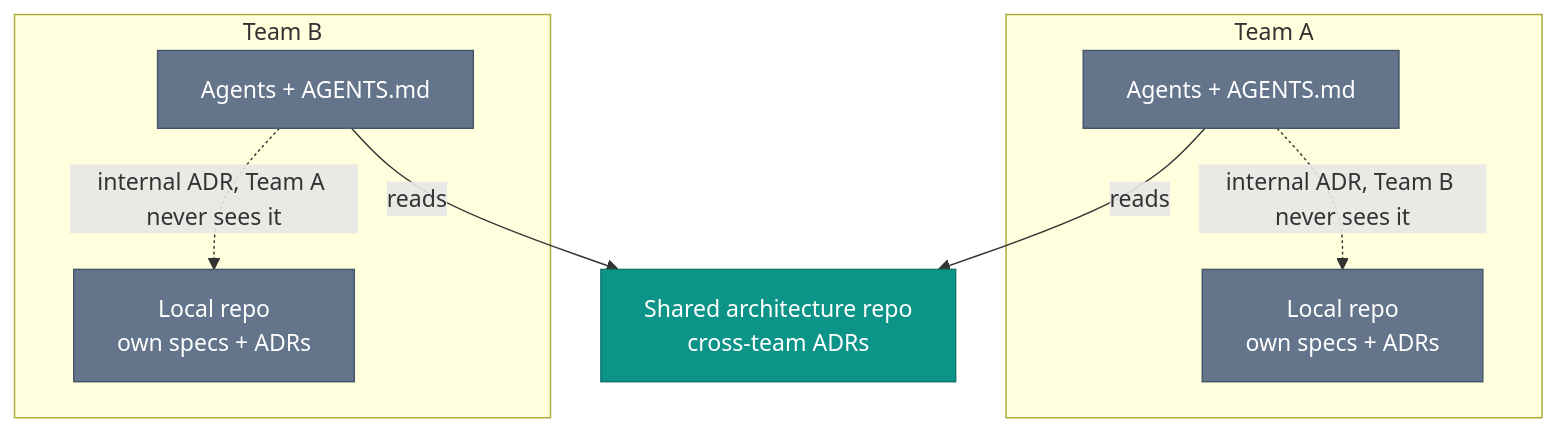
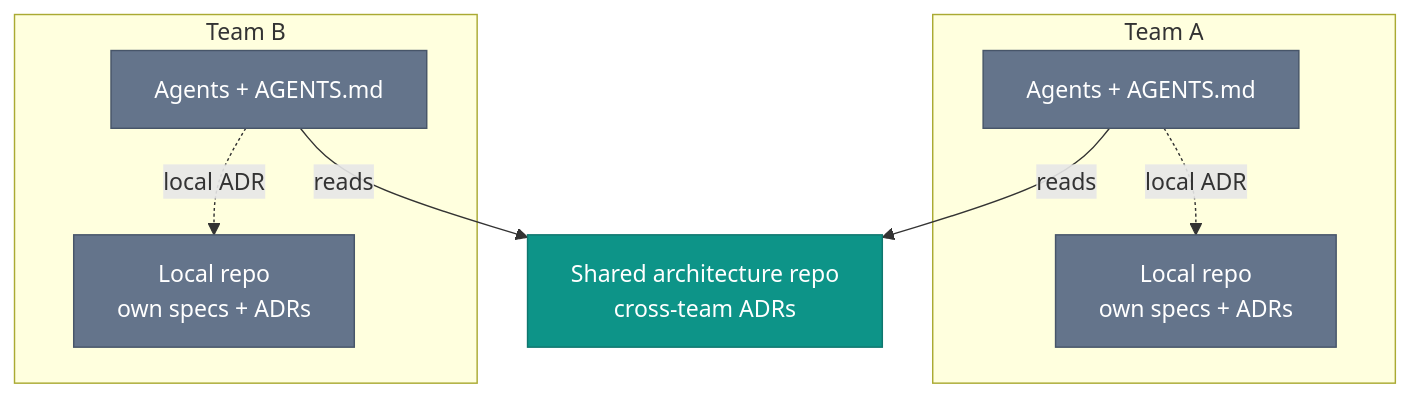
Before and after one commit to intent-engineering-for-coding-agents/book: the diagram in content/team/cross-team-coordination.md, drawn with Mermaid. The commit also changed other lines of this file and 25 other files, not shown here.

````diff
--- a/content/team/cross-team-coordination.md
+++ b/content/team/cross-team-coordination.md
@@ -24,21 +24,21 @@
 ```mermaid
 graph TD
     classDef team fill:#64748b,stroke:#475569,color:#fff
     classDef shared fill:#0d9488,stroke:#0f766e,color:#fff
 
     SR["Shared architecture repo<br/>cross-team ADRs"]:::shared
 
     subgraph A[Team A]
         AA["Agents + AGENTS.md"]:::team
         AR["Local repo<br/>own specs + ADRs"]:::team
     end
     subgraph B[Team B]
         BA["Agents + AGENTS.md"]:::team
         BR["Local repo<br/>own specs + ADRs"]:::team
     end
 
     AA -->|reads| SR
     BA -->|reads| SR
-    AA -. internal ADR, Team B never sees it .-> AR
-    BA -. internal ADR, Team A never sees it .-> BR
+    AA -. local ADR .-> AR
+    BA -. local ADR .-> BR
 ```
````
